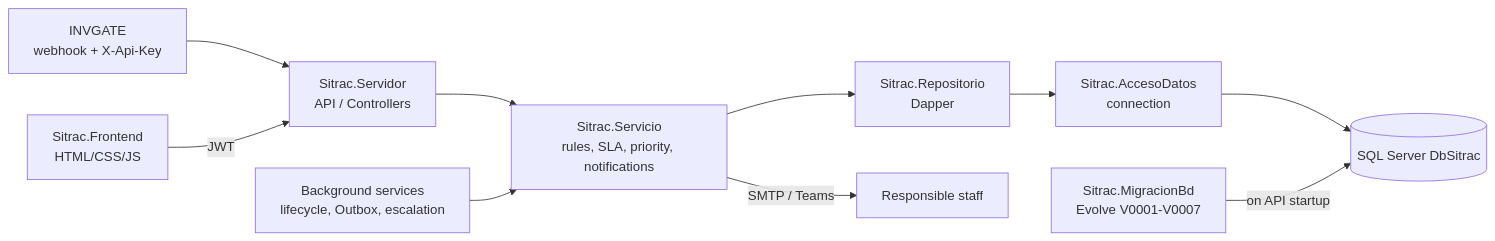
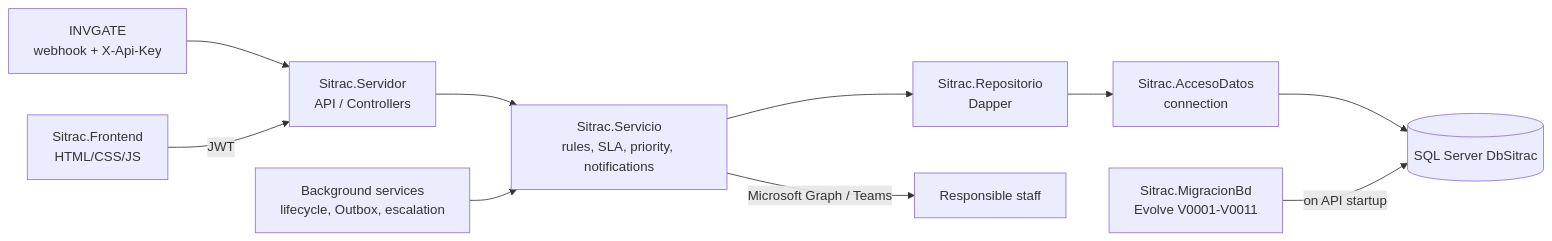
One commit to gasparin2702/Capstone-Soto-Ayala changed the diagram in Fase 2/Evidencias Proyecto/Evidencias de sistema/README.en.md. Above: the diagram before and after it, drawn with Mermaid. The commit also changed other lines of this file and 38 other files, not shown here.

````diff
--- a/Fase 2/Evidencias Proyecto/Evidencias de sistema/README.en.md
+++ b/Fase 2/Evidencias Proyecto/Evidencias de sistema/README.en.md
@@ -132,12 +140,12 @@
 ```mermaid
 flowchart LR
     A[INVGATE<br/>webhook + X-Api-Key] --> B[Sitrac.Servidor<br/>API / Controllers]
     H[Sitrac.Frontend<br/>HTML/CSS/JS] -->|JWT| B
     B --> C[Sitrac.Servicio<br/>rules, SLA, priority, notifications]
     BG[Background services<br/>lifecycle, Outbox, escalation] --> C
     C --> D[Sitrac.Repositorio<br/>Dapper]
     D --> E[Sitrac.AccesoDatos<br/>connection]
     E --> F[(SQL Server DbSitrac)]
-    G[Sitrac.MigracionBd<br/>Evolve V0001-V0007] -->|on API startup| F
-    C -->|SMTP / Teams| I[Responsible staff]
+    G[Sitrac.MigracionBd<br/>Evolve V0001-V0011] -->|on API startup| F
+    C -->|Microsoft Graph / Teams| I[Responsible staff]
 ```
````
